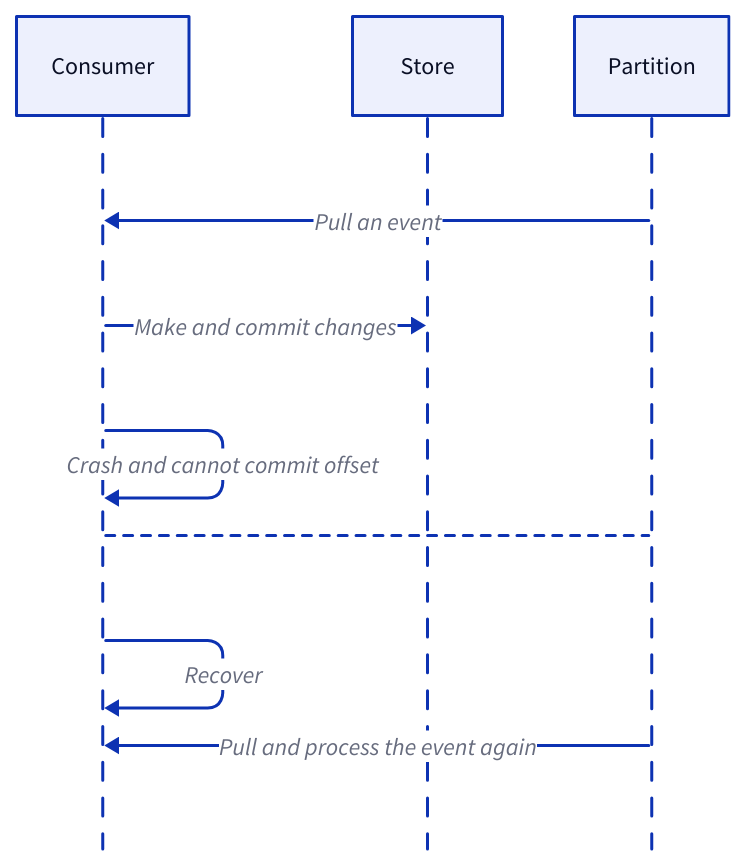
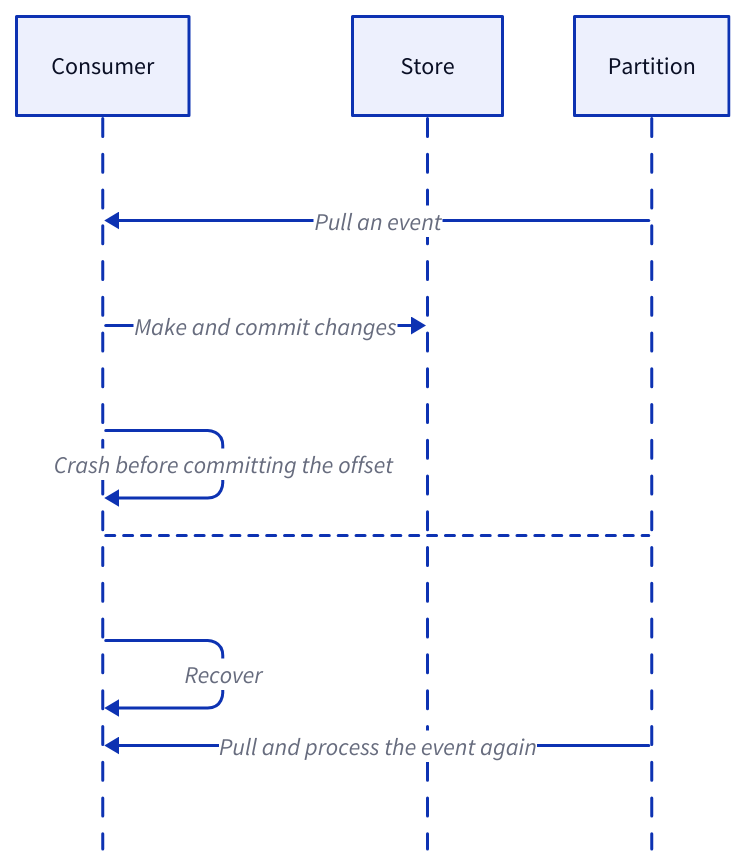
Before and after one commit to link1905/system-design-101: the first of 14 diagrams in content/data-persistence/event-streaming-platform/delivery-semantics.md, drawn with D2. The commit also changed other lines of this file and 42 other files, not shown here.

````diff
--- a/content/data-persistence/event-streaming-platform/delivery-semantics.md
+++ b/content/data-persistence/event-streaming-platform/delivery-semantics.md
@@ -15,24 +15,24 @@
 ```d2
 shape: sequence_diagram
 c: Consumer {
   class: server
 }
 d: Store {
   class: db
 }
 e: Partition {
   class: mq
 }
 c <- e: Pull an event
 c -> d: Make and commit changes
-c -> c: Crash and cannot commit offset {
+c -> c: Crash before committing the offset {
   class: error-conn
 }
 c -- e {
   style.stroke-dash: 3
 }
 c -> c: Recover
 c <- e: Pull and process the event again {
   class: error-conn
 }
 ```
````
